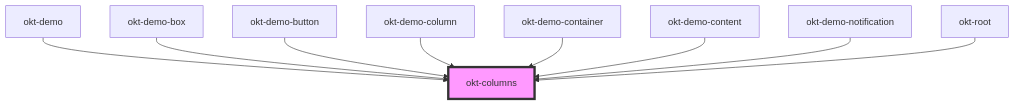
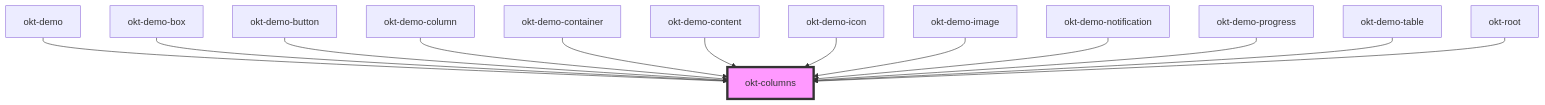
One commit to oktopusdgtl/bulma-components changed the diagram in src/components/columns/readme.md. Above: the diagram before and after it, drawn with Mermaid. The commit also changed other lines of this file and 36 other files, not shown here.

````diff
--- a/src/components/columns/readme.md
+++ b/src/components/columns/readme.md
@@ -40,12 +44,16 @@
 ```mermaid
 graph TD;
   okt-demo --> okt-columns
   okt-demo-box --> okt-columns
   okt-demo-button --> okt-columns
   okt-demo-column --> okt-columns
   okt-demo-container --> okt-columns
   okt-demo-content --> okt-columns
+  okt-demo-icon --> okt-columns
+  okt-demo-image --> okt-columns
   okt-demo-notification --> okt-columns
+  okt-demo-progress --> okt-columns
+  okt-demo-table --> okt-columns
   okt-root --> okt-columns
   style okt-columns fill:#f9f,stroke:#333,stroke-width:4px
 ```
````
